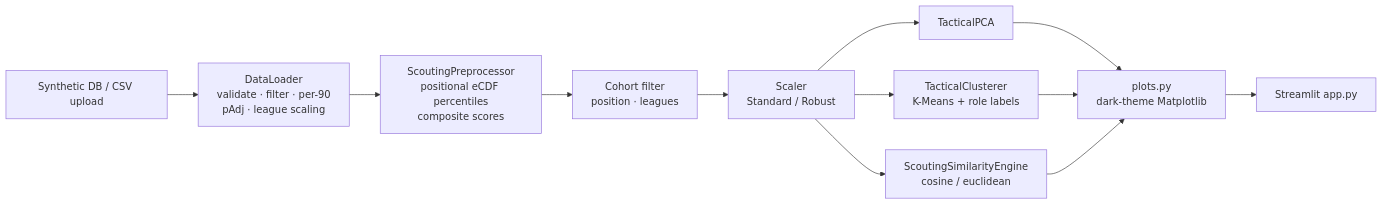
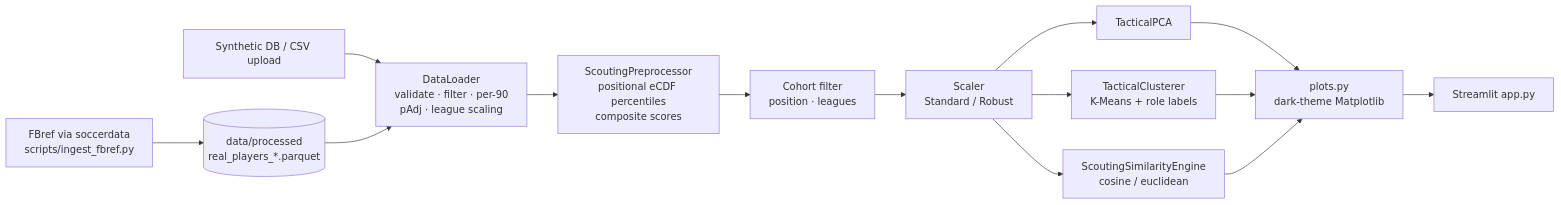
One commit to RoyCheung1010/playerscout changed the diagram in README.md. Above: the diagram before and after it, drawn with Mermaid. The commit also changed other lines of this file and 14 other files, not shown here.

First line of the commit message:
feat: integrate real fbref 2023-2024 player data pipeline with automated tests

````diff
--- a/README.md
+++ b/README.md
@@ -47,12 +47,14 @@
 ```mermaid
 flowchart LR
+    R[FBref via soccerdata<br/>scripts/ingest_fbref.py] --> P[(data/processed<br/>real_players_*.parquet)]
     A[Synthetic DB / CSV upload] --> B[DataLoader<br/>validate · filter · per-90<br/>pAdj · league scaling]
+    P --> B
     B --> C[ScoutingPreprocessor<br/>positional eCDF percentiles<br/>composite scores]
     C --> D[Cohort filter<br/>position · leagues]
     D --> E[Scaler<br/>Standard / Robust]
     E --> F[TacticalPCA]
     E --> G[TacticalClusterer<br/>K-Means + role labels]
     E --> H[ScoutingSimilarityEngine<br/>cosine / euclidean]
     F & G & H --> I[plots.py<br/>dark-theme Matplotlib]
     I --> J[Streamlit app.py]
 ```
````
